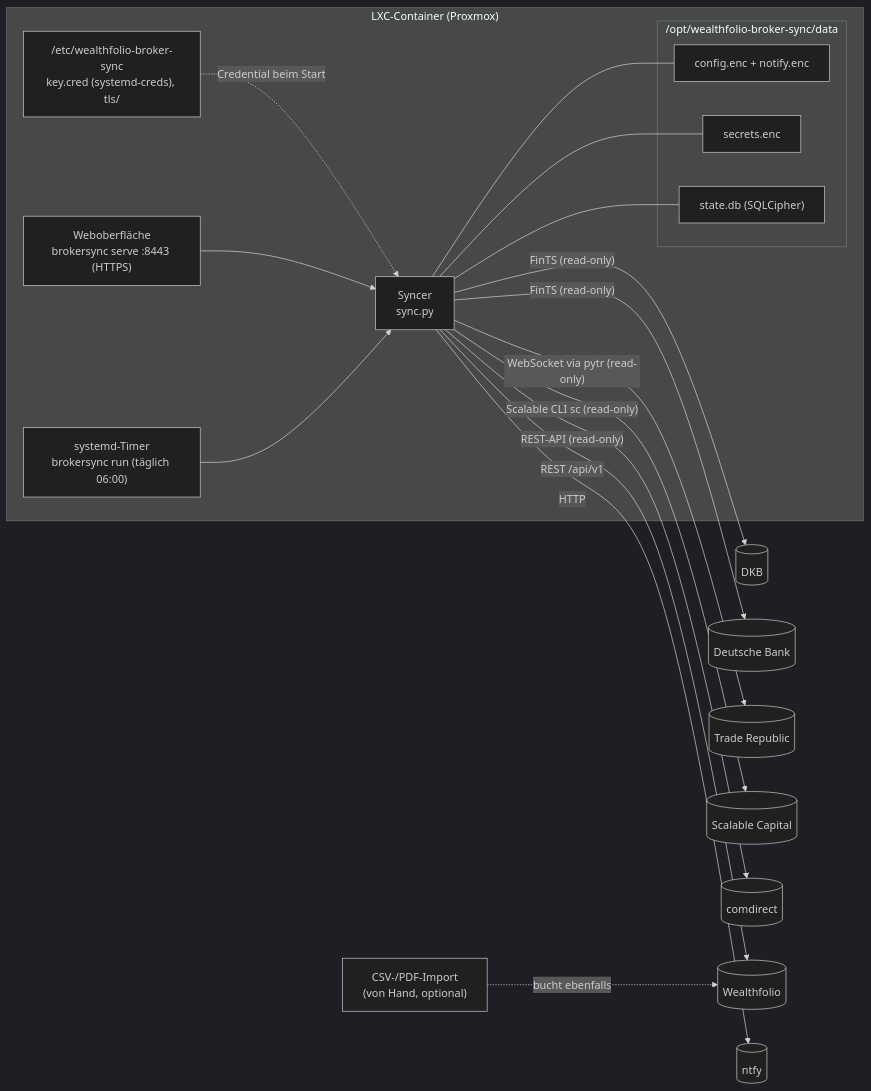
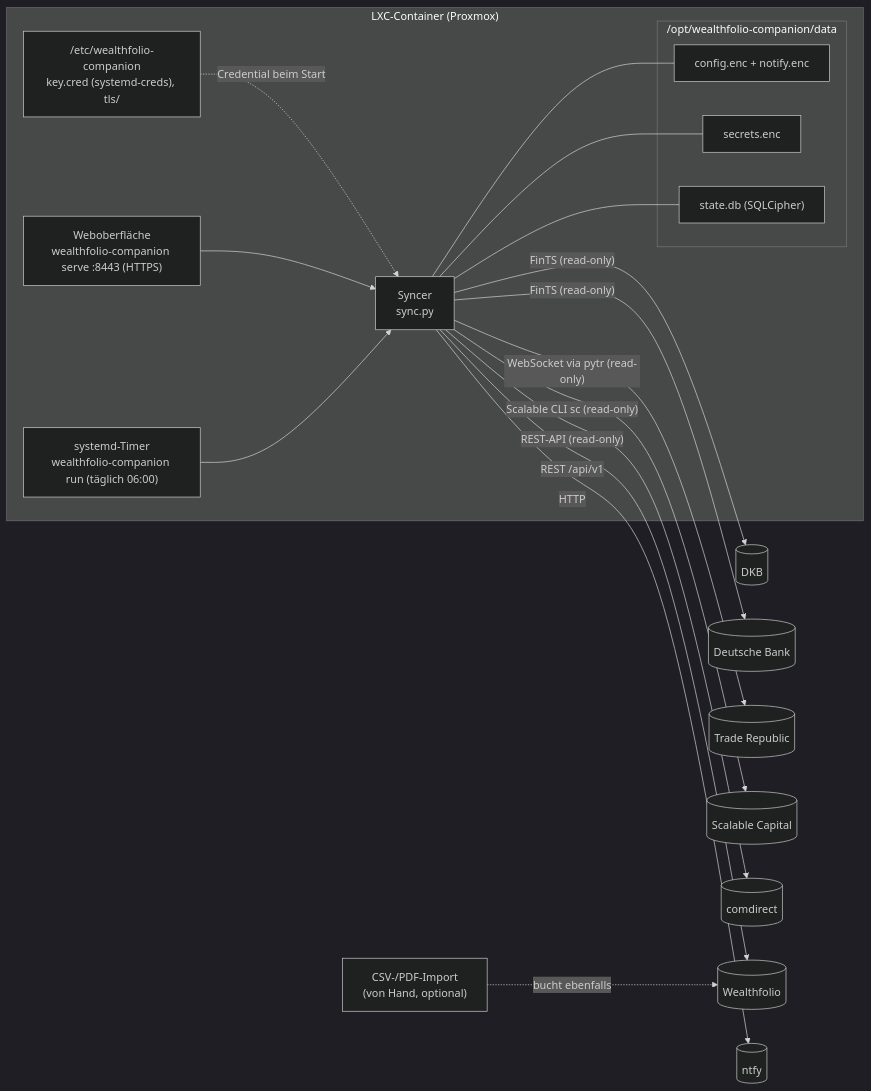
The first of 3 diagrams in ARCHITECTURE.md (waldonso2/Wealthfolio-broker-sync-service), drawn with Mermaid (dark theme) before and after one commit. The commit also changed other lines of this file and 85 other files, not shown here.

First line of the commit message:
Wealthfolio Companion 0.1.0a1 (alpha): the rename, starting over (#160)

````diff
--- a/ARCHITECTURE.md
+++ b/ARCHITECTURE.md
@@ -7,25 +7,25 @@
 ```mermaid
 flowchart LR
   subgraph LXC["LXC-Container (Proxmox)"]
-    UI["Weboberfläche<br/>brokersync serve :8443 (HTTPS)"]
-    Timer["systemd-Timer<br/>brokersync run (täglich 06:00)"]
+    UI["Weboberfläche<br/>wealthfolio-companion serve :8443 (HTTPS)"]
+    Timer["systemd-Timer<br/>wealthfolio-companion run (täglich 06:00)"]
     Sync["Syncer<br/>sync.py"]
-    subgraph data["/opt/wealthfolio-broker-sync/data"]
+    subgraph data["/opt/wealthfolio-companion/data"]
       Cfg["config.enc + notify.enc"]
       Vault["secrets.enc"]
       State["state.db (SQLCipher)"]
     end
-    Key["/etc/wealthfolio-broker-sync<br/>key.cred (systemd-creds), tls/"] -. Credential beim Start .-> Sync
+    Key["/etc/wealthfolio-companion<br/>key.cred (systemd-creds), tls/"] -. Credential beim Start .-> Sync
     UI --> Sync
     Timer --> Sync
     Sync --- Cfg & Vault & State
   end
   Sync -- "FinTS (read-only)" --> DKB[(DKB)]
   Sync -- "FinTS (read-only)" --> DB[(Deutsche Bank)]
   Sync -- "WebSocket via pytr (read-only)" --> TR[(Trade Republic)]
   Sync -- "Scalable CLI sc (read-only)" --> SC[(Scalable Capital)]
   Sync -- "REST-API (read-only)" --> CD[(comdirect)]
   Sync -- "REST /api/v1" --> WF[(Wealthfolio)]
   Sync -- "HTTP" --> Ntfy[(ntfy)]
   Import["CSV-/PDF-Import<br/>(von Hand, optional)"] -. bucht ebenfalls .-> WF
 ```
````
